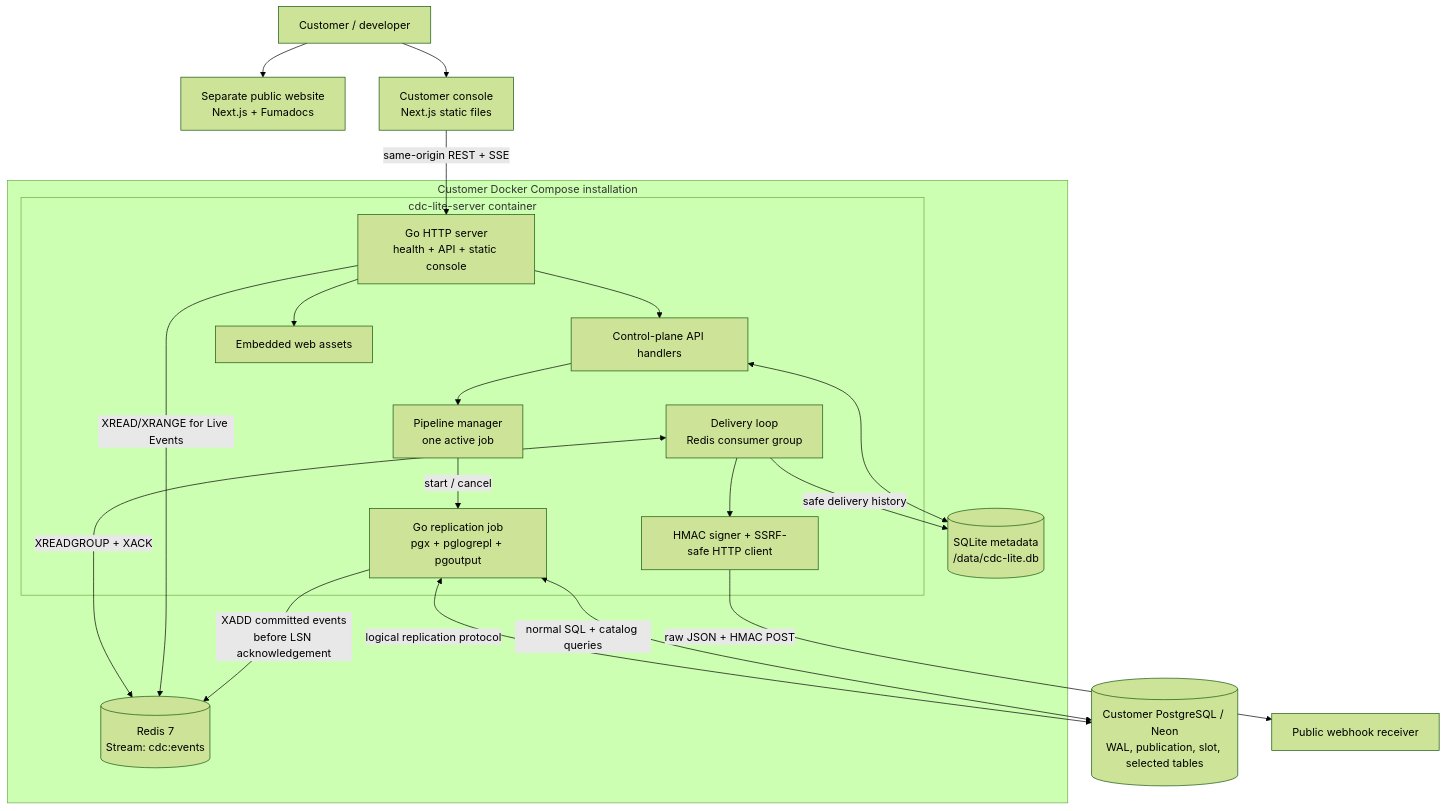
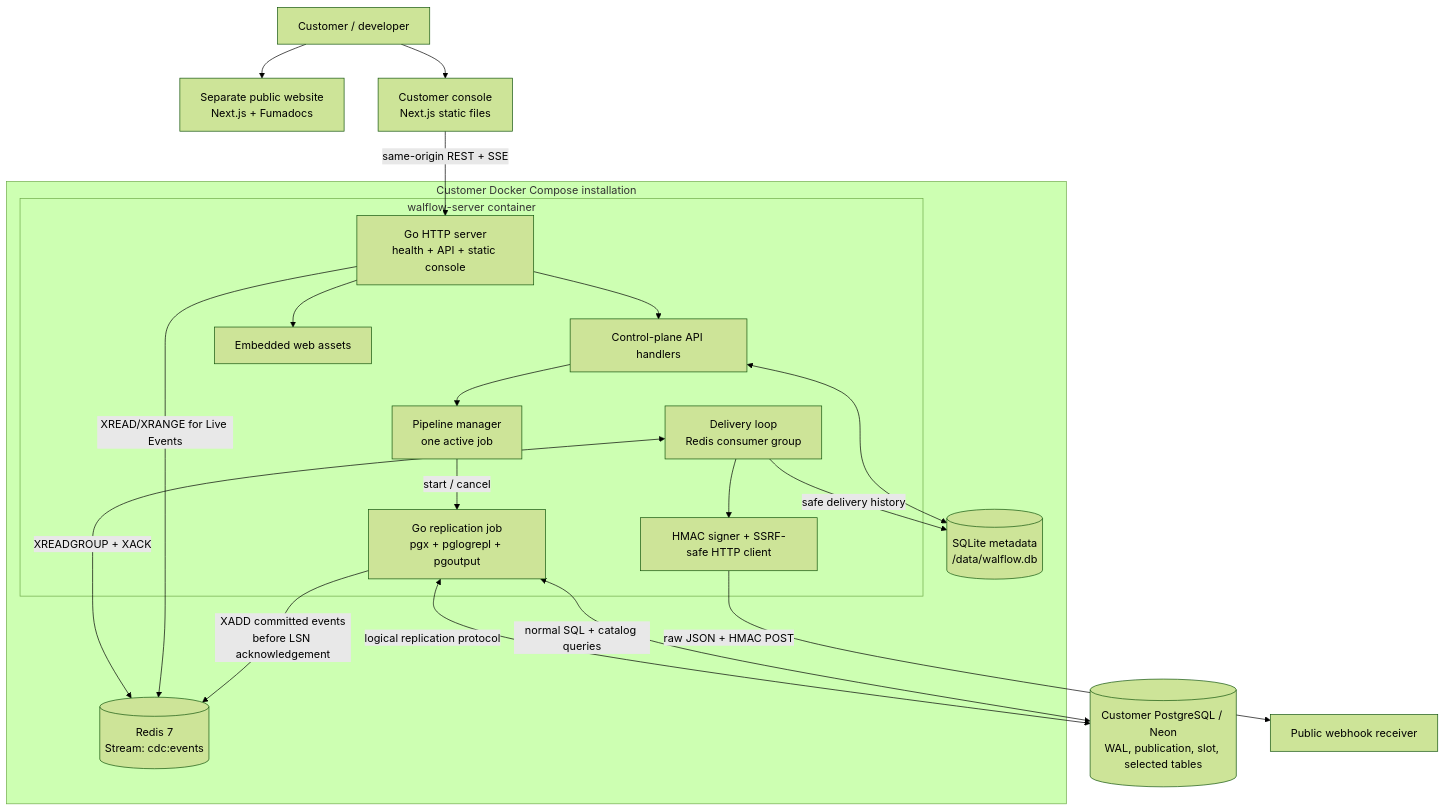
The first of 3 diagrams in docs/SYSTEM_DESIGN.md (pranavb1234/neonCDC), drawn with Mermaid (forest theme) before and after one commit. The commit also changed other lines of this file and 43 other files, not shown here.

````diff
--- a/docs/SYSTEM_DESIGN.md
+++ b/docs/SYSTEM_DESIGN.md
@@ -5,40 +5,40 @@
 ```mermaid
 flowchart TB
   USER[Customer / developer]
   SITE[Separate public website<br/>Next.js + Fumadocs]
   CONSOLE[Customer console<br/>Next.js static files]
 
   subgraph COMPOSE[Customer Docker Compose installation]
-    subgraph SERVER[cdc-lite-server container]
+    subgraph SERVER[walflow-server container]
       HTTP[Go HTTP server<br/>health + API + static console]
       CONTROL[Control-plane API handlers]
       PM[Pipeline manager<br/>one active job]
       REPL[Go replication job<br/>pgx + pglogrepl + pgoutput]
       DEL[Delivery loop<br/>Redis consumer group]
       SIGN[HMAC signer + SSRF-safe HTTP client]
       EMBED[Embedded web assets]
     end
     REDIS[(Redis 7<br/>Stream: cdc:events)]
-    SQLITE[(SQLite metadata<br/>/data/cdc-lite.db)]
+    SQLITE[(SQLite metadata<br/>/data/walflow.db)]
   end
 
   SOURCE[(Customer PostgreSQL / Neon<br/>WAL, publication, slot, selected tables)]
   DEST[Public webhook receiver]
 
   USER --> SITE
   USER --> CONSOLE
   CONSOLE -->|same-origin REST + SSE| HTTP
   HTTP --> EMBED
   HTTP --> CONTROL
   CONTROL <--> SQLITE
   CONTROL --> PM
   PM -->|start / cancel| REPL
   REPL <-->|normal SQL + catalog queries| SOURCE
   REPL <-->|logical replication protocol| SOURCE
   REPL -->|XADD committed events<br/>before LSN acknowledgement| REDIS
   HTTP -->|XREAD/XRANGE for Live Events| REDIS
   DEL <-->|XREADGROUP + XACK| REDIS
   DEL --> SIGN
   SIGN -->|raw JSON + HMAC POST| DEST
   DEL -->|safe delivery history| SQLITE
 ```
````
